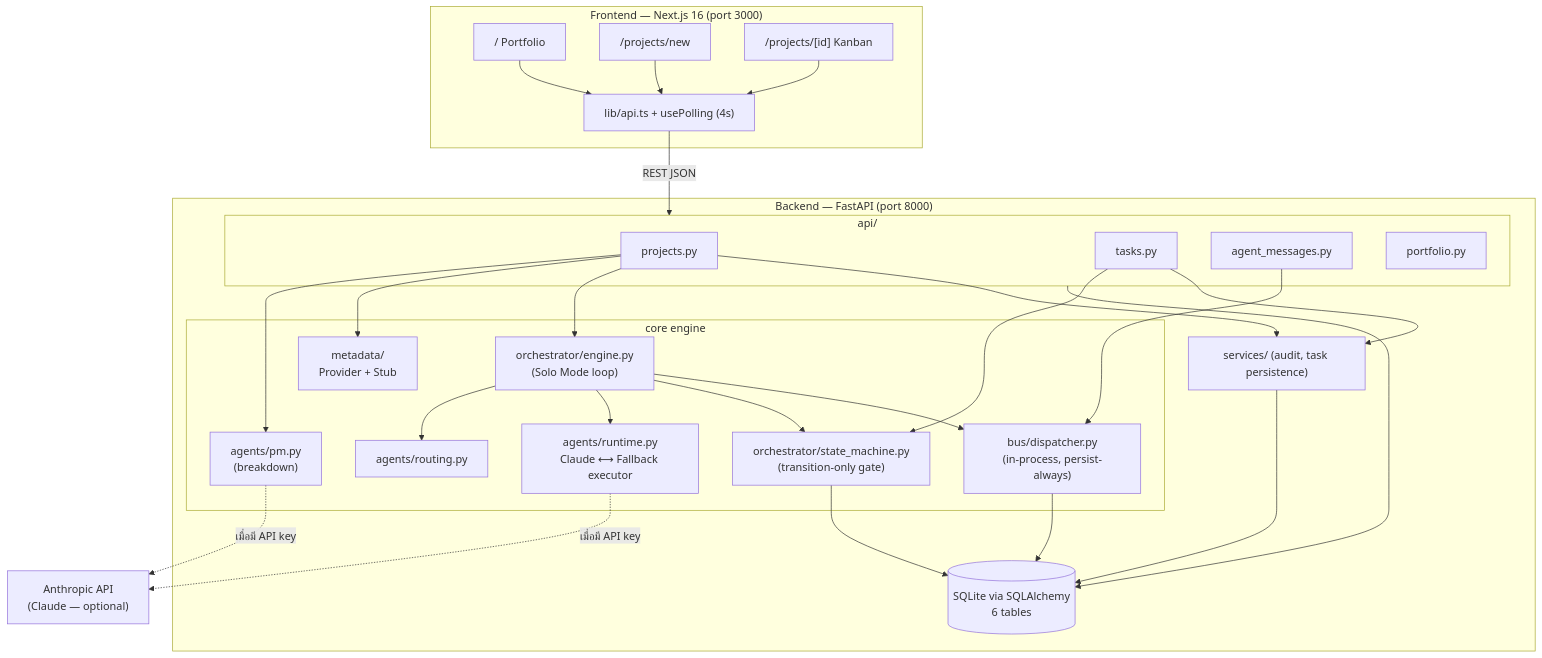
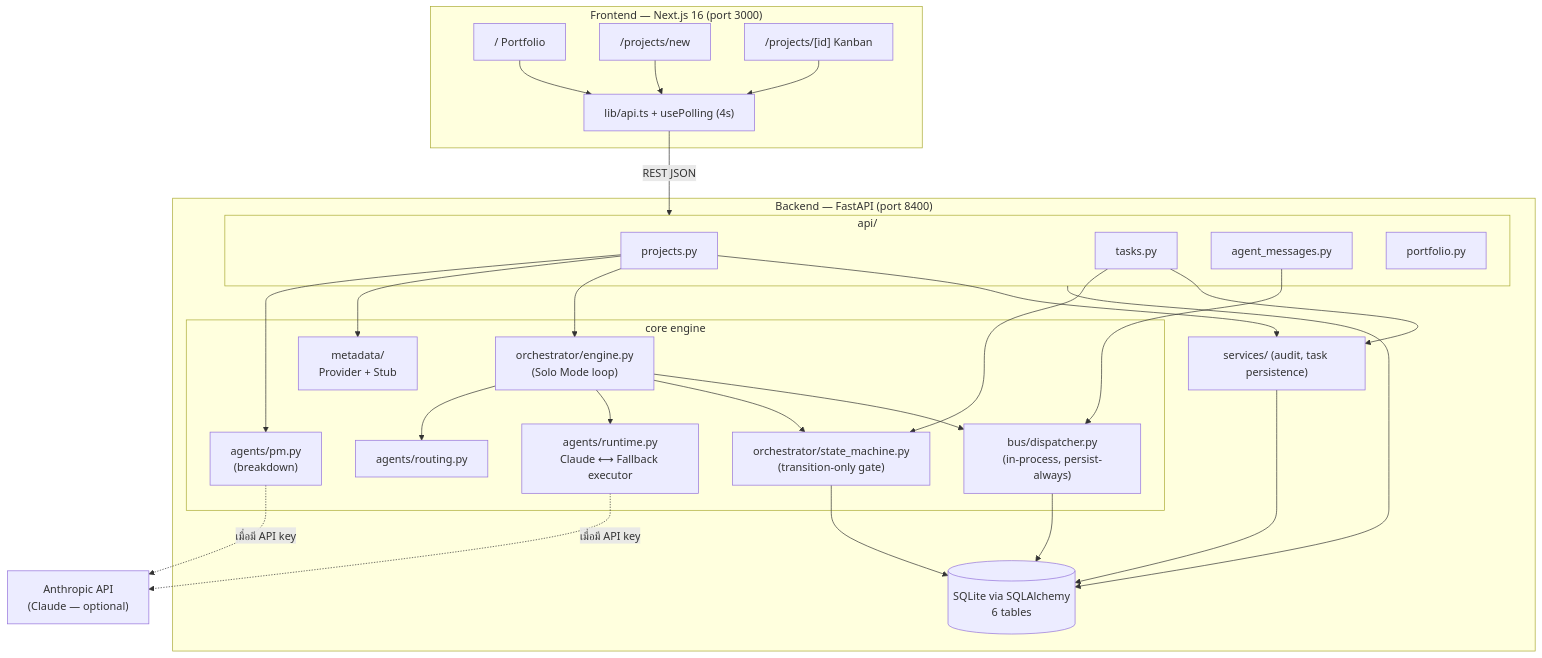
The first of 4 diagrams in docs/ARCHITECTURE.md (ohho2518/d_DEP-PM_Platform), drawn with Mermaid before and after one commit. The commit also changed other lines of this file and 15 other files, not shown here.

````diff
--- a/docs/ARCHITECTURE.md
+++ b/docs/ARCHITECTURE.md
@@ -84,36 +84,36 @@
 ```mermaid
 flowchart TB
     subgraph Frontend["Frontend — Next.js 16 (port 3000)"]
         P["/ Portfolio"] & N["/projects/new"] & K["/projects/[id] Kanban"]
         LIB["lib/api.ts + usePolling (4s)"]
         P & N & K --> LIB
     end
 
-    subgraph Backend["Backend — FastAPI (port 8000)"]
+    subgraph Backend["Backend — FastAPI (port 8400)"]
         subgraph API["api/"]
             R1[projects.py] & R2[tasks.py] & R3[agent_messages.py] & R4[portfolio.py]
         end
         subgraph Core["core engine"]
             SM["orchestrator/state_machine.py<br/>(transition-only gate)"]
             ENG["orchestrator/engine.py<br/>(Solo Mode loop)"]
             ROUTE["agents/routing.py"]
             RT["agents/runtime.py<br/>Claude ⟷ Fallback executor"]
             PM["agents/pm.py<br/>(breakdown)"]
             BUS["bus/dispatcher.py<br/>(in-process, persist-always)"]
             META["metadata/<br/>Provider + Stub"]
         end
         SVC["services/ (audit, task persistence)"]
         DB[(SQLite via SQLAlchemy<br/>6 tables)]
     end
 
     CLAUDE["Anthropic API<br/>(Claude — optional)"]
 
     LIB -->|"REST JSON"| API
     R1 --> PM & META & ENG & SVC
     R2 --> SM & SVC
     R3 --> BUS
     ENG --> ROUTE & RT & SM & BUS
     PM & RT -.->|"เมื่อมี API key"| CLAUDE
     SM & BUS & SVC --> DB
     API --> DB
 ```
````
